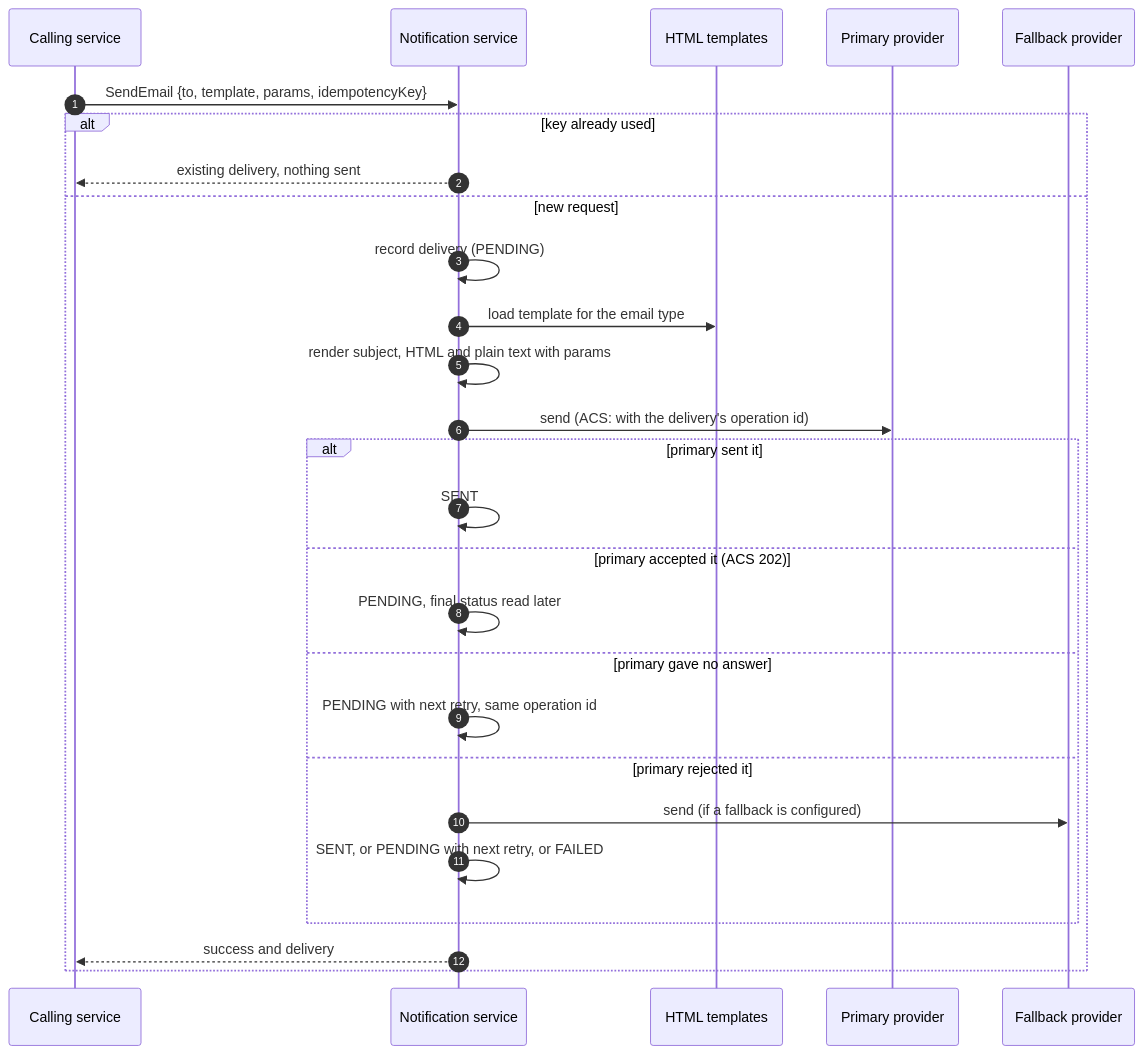
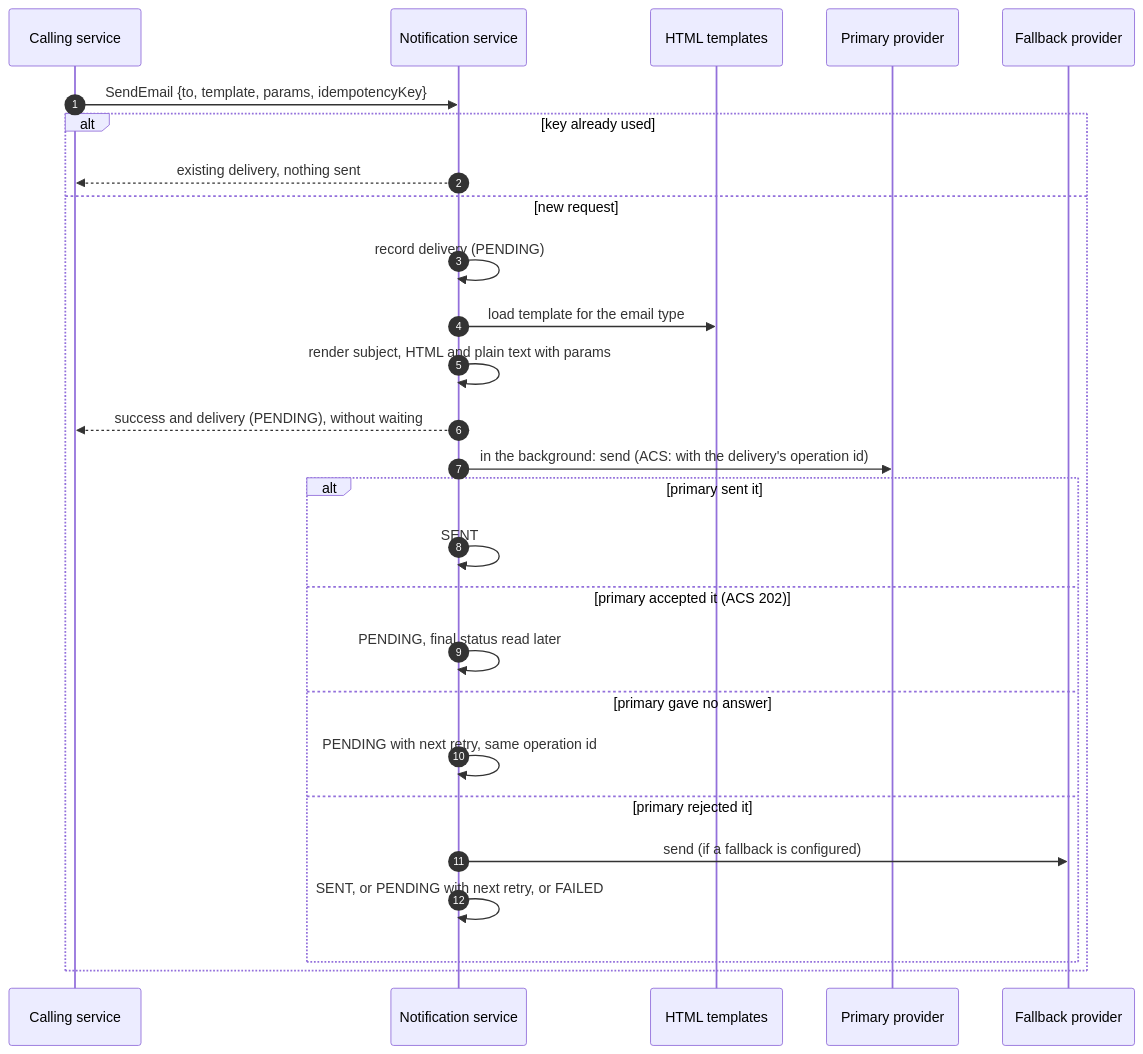
One commit to PCPI-UN/Iris changed the diagram in docs/notification-service/README.md. Above: the diagram before and after it, drawn with Mermaid. The commit also changed other lines of this file and 2 other files, not shown here.

Commit message:
[1dfnv12cpdc]: Correos - SendEmail responde sin esperar al proveedor

````diff
--- a/docs/notification-service/README.md
+++ b/docs/notification-service/README.md
@@ -101,30 +101,30 @@
 ```mermaid
 sequenceDiagram
     autonumber
     participant C as Calling service
     participant N as Notification service
     participant T as HTML templates
     participant P as Primary provider
     participant F as Fallback provider
 
     C->>N: SendEmail {to, template, params, idempotencyKey}
     alt key already used
         N-->>C: existing delivery, nothing sent
     else new request
         N->>N: record delivery (PENDING)
         N->>T: load template for the email type
         N->>N: render subject, HTML and plain text with params
-        N->>P: send (ACS: with the delivery's operation id)
+        N-->>C: success and delivery (PENDING), without waiting
+        N->>P: in the background: send (ACS: with the delivery's operation id)
         alt primary sent it
             N->>N: SENT
         else primary accepted it (ACS 202)
             N->>N: PENDING, final status read later
         else primary gave no answer
             N->>N: PENDING with next retry, same operation id
         else primary rejected it
             N->>F: send (if a fallback is configured)
             N->>N: SENT, or PENDING with next retry, or FAILED
         end
-        N-->>C: success and delivery
     end
 ```
````
